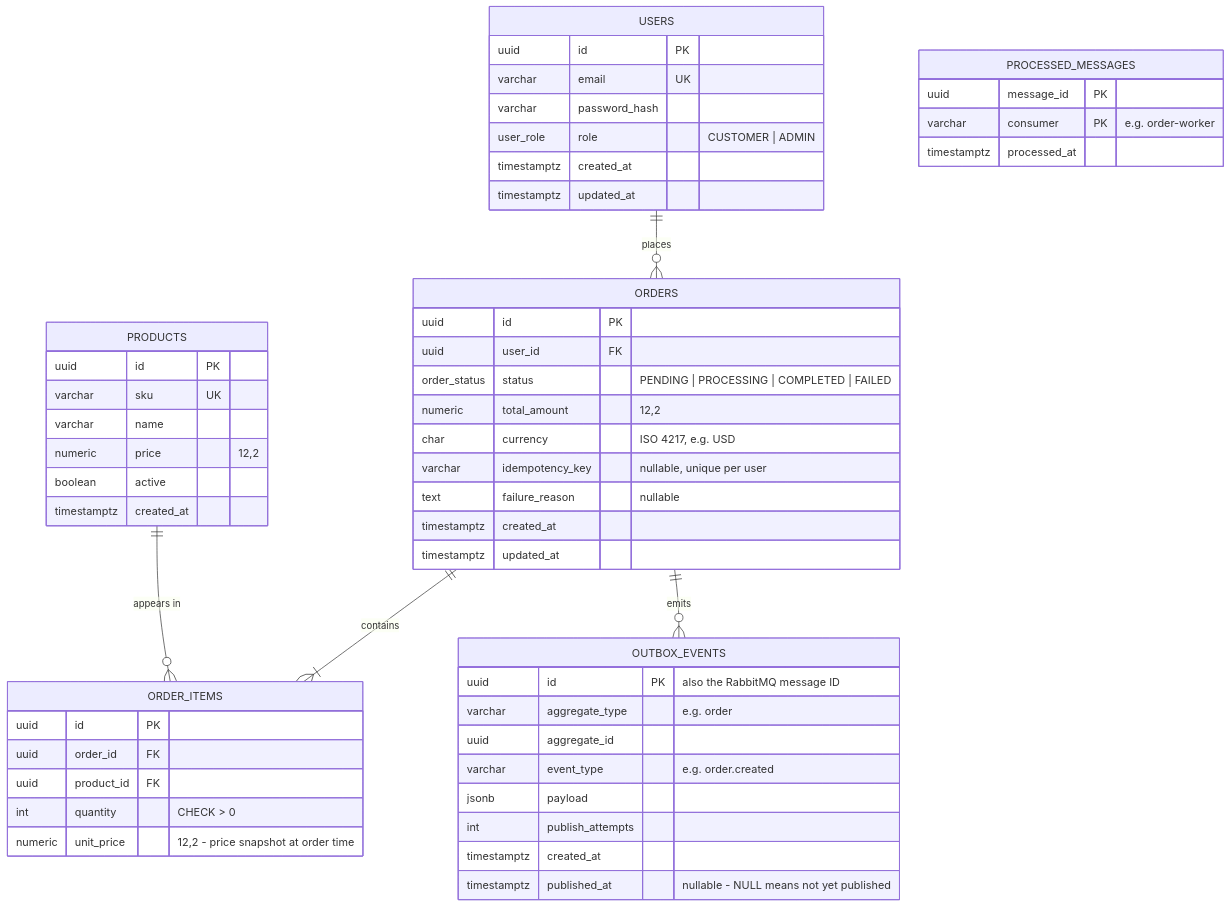
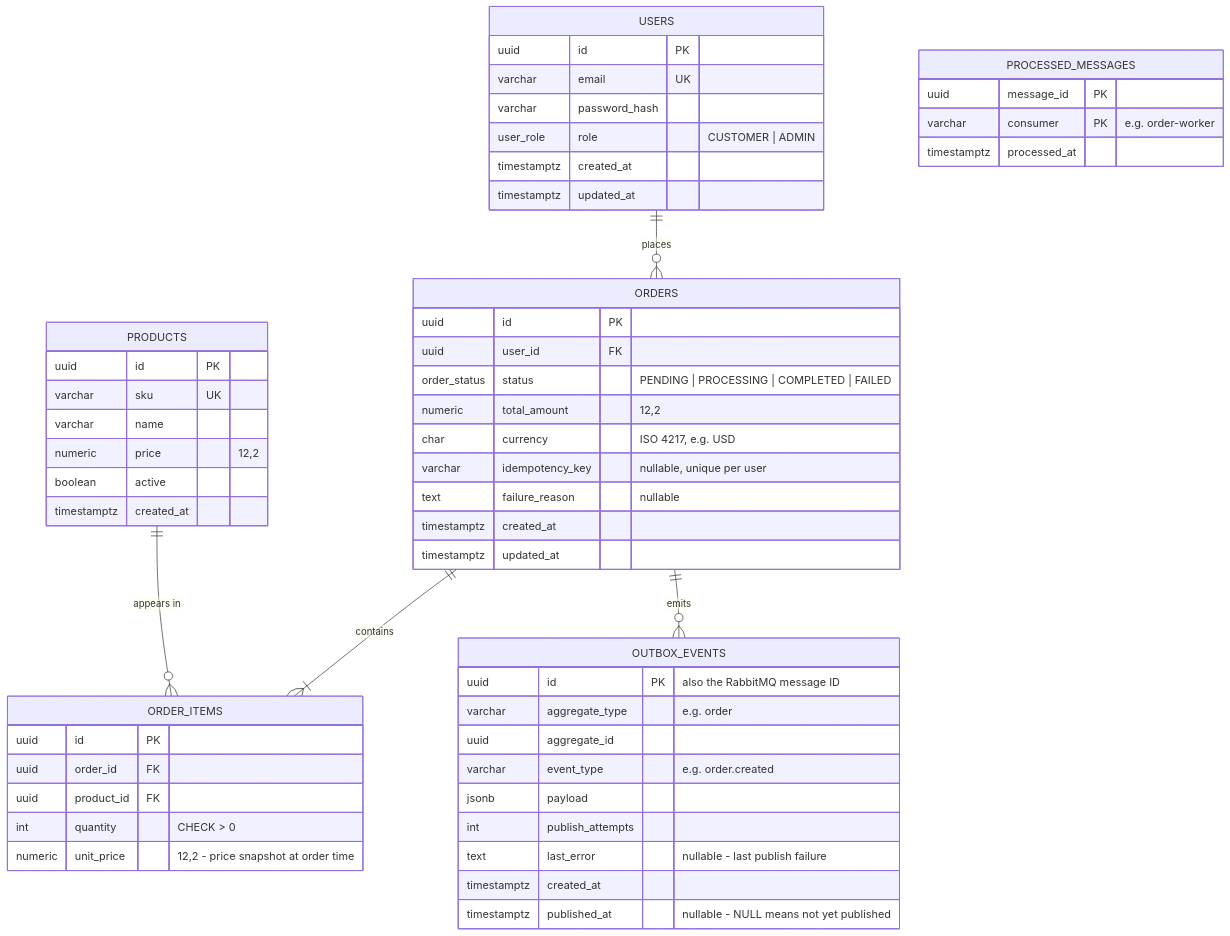
Before and after one commit to Chinweike99/orderflow-infra: the first of 2 diagrams in docs/database-schema.md, drawn with Mermaid. The commit also changed other lines of this file and 7 other files, not shown here.

````diff
--- a/docs/database-schema.md
+++ b/docs/database-schema.md
@@ -7,62 +7,63 @@
 ```mermaid
 erDiagram
     USERS ||--o{ ORDERS : places
     ORDERS ||--|{ ORDER_ITEMS : contains
     PRODUCTS ||--o{ ORDER_ITEMS : "appears in"
     ORDERS ||--o{ OUTBOX_EVENTS : emits
 
     USERS {
         uuid id PK
         varchar email UK
         varchar password_hash
         user_role role "CUSTOMER | ADMIN"
         timestamptz created_at
         timestamptz updated_at
     }
 
     PRODUCTS {
         uuid id PK
         varchar sku UK
         varchar name
         numeric price "12,2"
         boolean active
         timestamptz created_at
     }
 
     ORDERS {
         uuid id PK
         uuid user_id FK
         order_status status "PENDING | PROCESSING | COMPLETED | FAILED"
         numeric total_amount "12,2"
         char currency "ISO 4217, e.g. USD"
         varchar idempotency_key "nullable, unique per user"
         text failure_reason "nullable"
         timestamptz created_at
         timestamptz updated_at
     }
 
     ORDER_ITEMS {
         uuid id PK
         uuid order_id FK
         uuid product_id FK
         int quantity "CHECK > 0"
         numeric unit_price "12,2 - price snapshot at order time"
     }
 
     OUTBOX_EVENTS {
         uuid id PK "also the RabbitMQ message ID"
         varchar aggregate_type "e.g. order"
         uuid aggregate_id
         varchar event_type "e.g. order.created"
         jsonb payload
         int publish_attempts
+        text last_error "nullable - last publish failure"
         timestamptz created_at
         timestamptz published_at "nullable - NULL means not yet published"
     }
 
     PROCESSED_MESSAGES {
         uuid message_id PK
         varchar consumer PK "e.g. order-worker"
         timestamptz processed_at
     }
 ```
````
